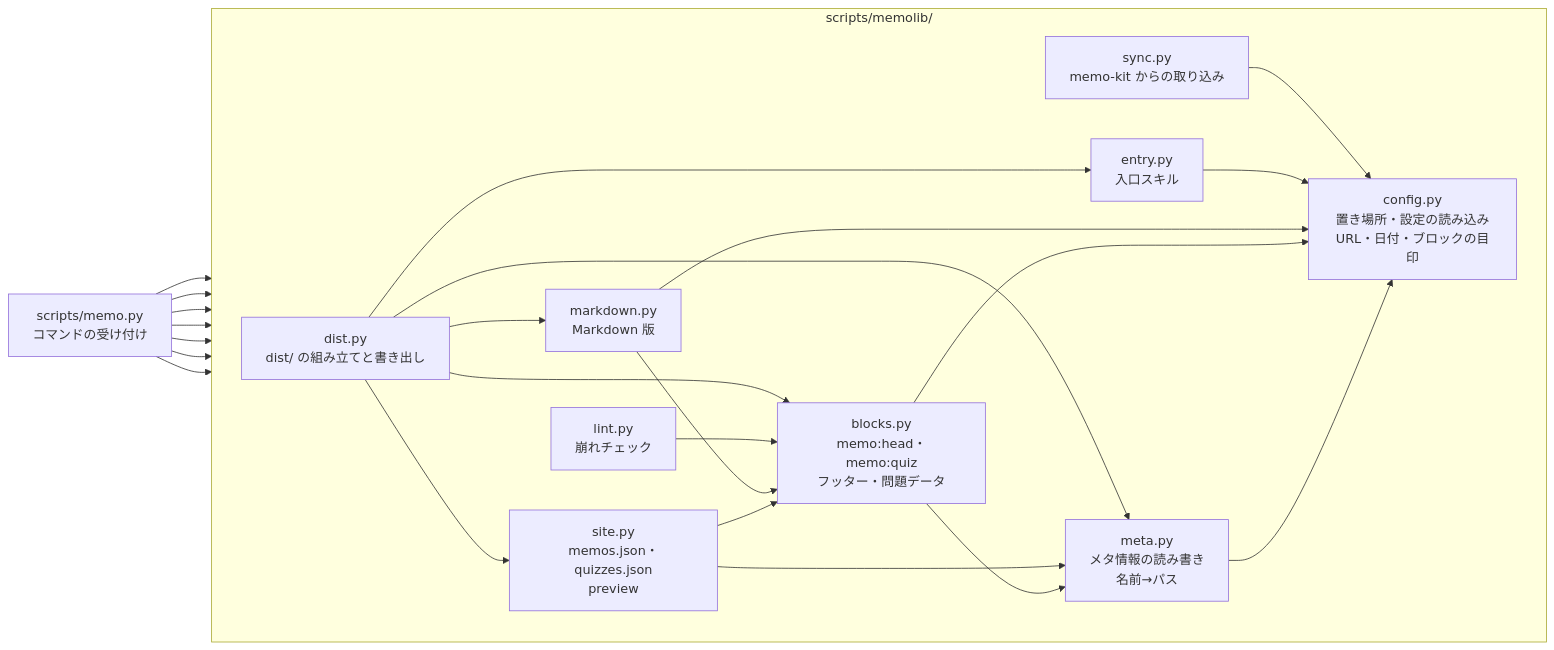
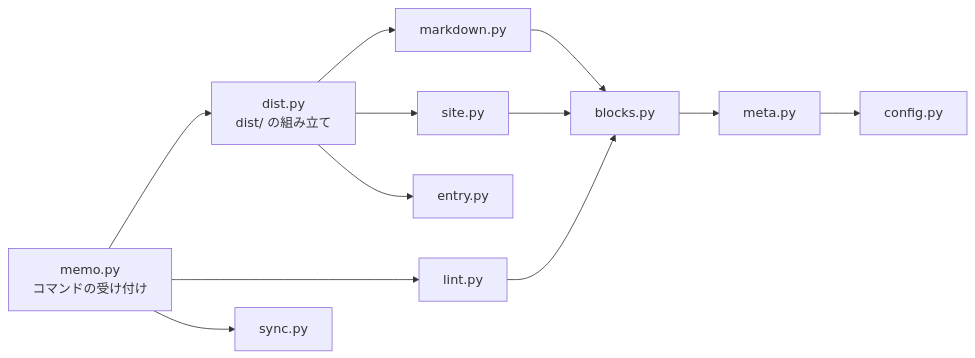
One commit to taka1156/memo-kit changed the fourth of 4 diagrams in memo-detail.md. Above: the diagram before and after it, drawn with Mermaid. The commit also changed other lines of this file and 12 other files, not shown here.

````diff
--- a/memo-detail.md
+++ b/memo-detail.md
@@ -492,28 +219,8 @@
 ```mermaid
 flowchart LR
-  cli["scripts/memo.py<br/>コマンドの受け付け"]
-  subgraph lib["scripts/memolib/"]
-    direction LR
-    config["config.py<br/>置き場所・設定の読み込み<br/>URL・日付・ブロックの目印"]
-    entry["entry.py<br/>入口スキル"]
-    meta["meta.py<br/>メタ情報の読み書き<br/>名前→パス"]
-    blocks["blocks.py<br/>memo:head・memo:quiz<br/>フッター・問題データ"]
-    lint["lint.py<br/>崩れチェック"]
-    md["markdown.py<br/>Markdown 版"]
-    site["site.py<br/>memos.json・quizzes.json<br/>preview"]
-    dist["dist.py<br/>dist/ の組み立てと書き出し"]
-    sync["sync.py<br/>memo-kit からの取り込み"]
-  end
-  cli --> dist & lint & site & meta & md & config & sync
-  sync --> config
-  dist --> md & site & blocks & entry & meta
-  entry --> config
-  lint --> blocks
-  md --> blocks
-  site --> blocks
-  site --> meta
-  blocks --> meta
-  md --> config
-  blocks --> config
-  meta --> config
+  cli["memo.py<br/>コマンドの受け付け"] --> dist["dist.py<br/>dist/ の組み立て"]
+  cli --> lint["lint.py"] & sync["sync.py"]
+  dist --> md["markdown.py"] & site["site.py"] & entry["entry.py"]
+  md & site & lint --> blocks["blocks.py"]
+  blocks --> meta["meta.py"] --> config["config.py"]
 ```
````
